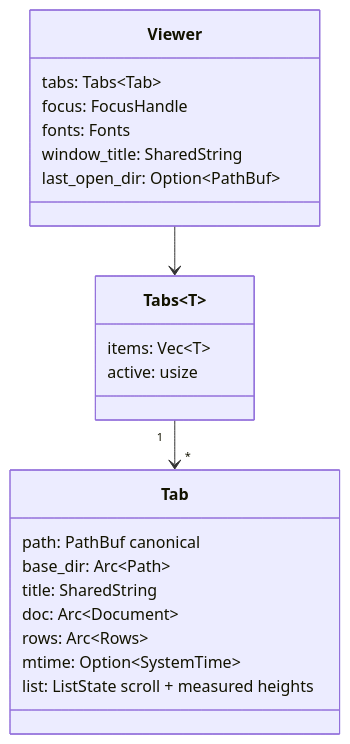
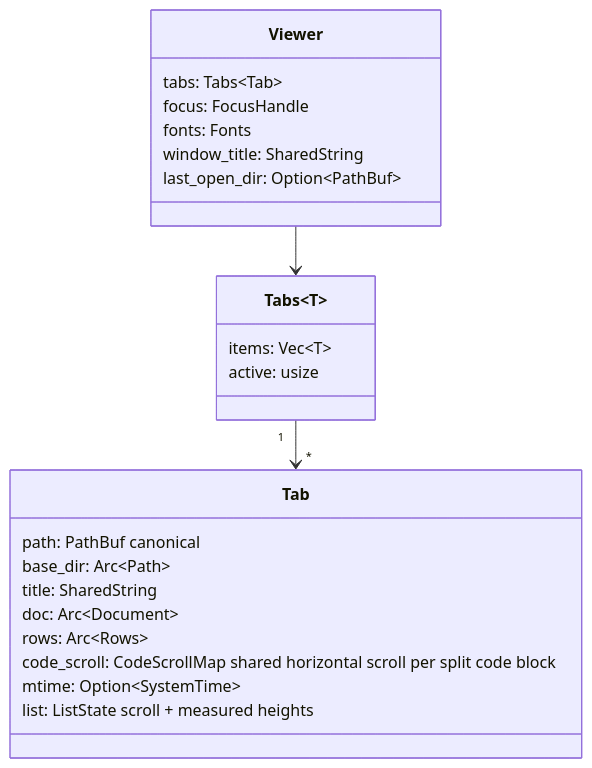
One commit to JorgeAgar/markdown-viewer-zed changed the third of 6 diagrams in docs/architecture.md. Above: the diagram before and after it, drawn with Mermaid. The commit also changed 5 other files, not shown here.

First line of the commit message:
Preserve reload block position and sync split code horizontal scroll

````diff
--- a/docs/architecture.md
+++ b/docs/architecture.md
@@ -157,25 +157,26 @@
 ```mermaid
 classDiagram
     class Viewer {
         tabs: Tabs~Tab~
         focus: FocusHandle
         fonts: Fonts
         window_title: SharedString
         last_open_dir: Option~PathBuf~
     }
     class Tab {
         path: PathBuf  canonical
         base_dir: Arc~Path~
         title: SharedString
         doc: Arc~Document~
         rows: Arc~Rows~
+        code_scroll: CodeScrollMap  shared horizontal scroll per split code block
         mtime: Option~SystemTime~
         list: ListState  scroll + measured heights
     }
     class Tabs~T~ {
         items: Vec~T~
         active: usize
     }
     Viewer --> Tabs
     Tabs "1" --> "*" Tab
 ```
````
